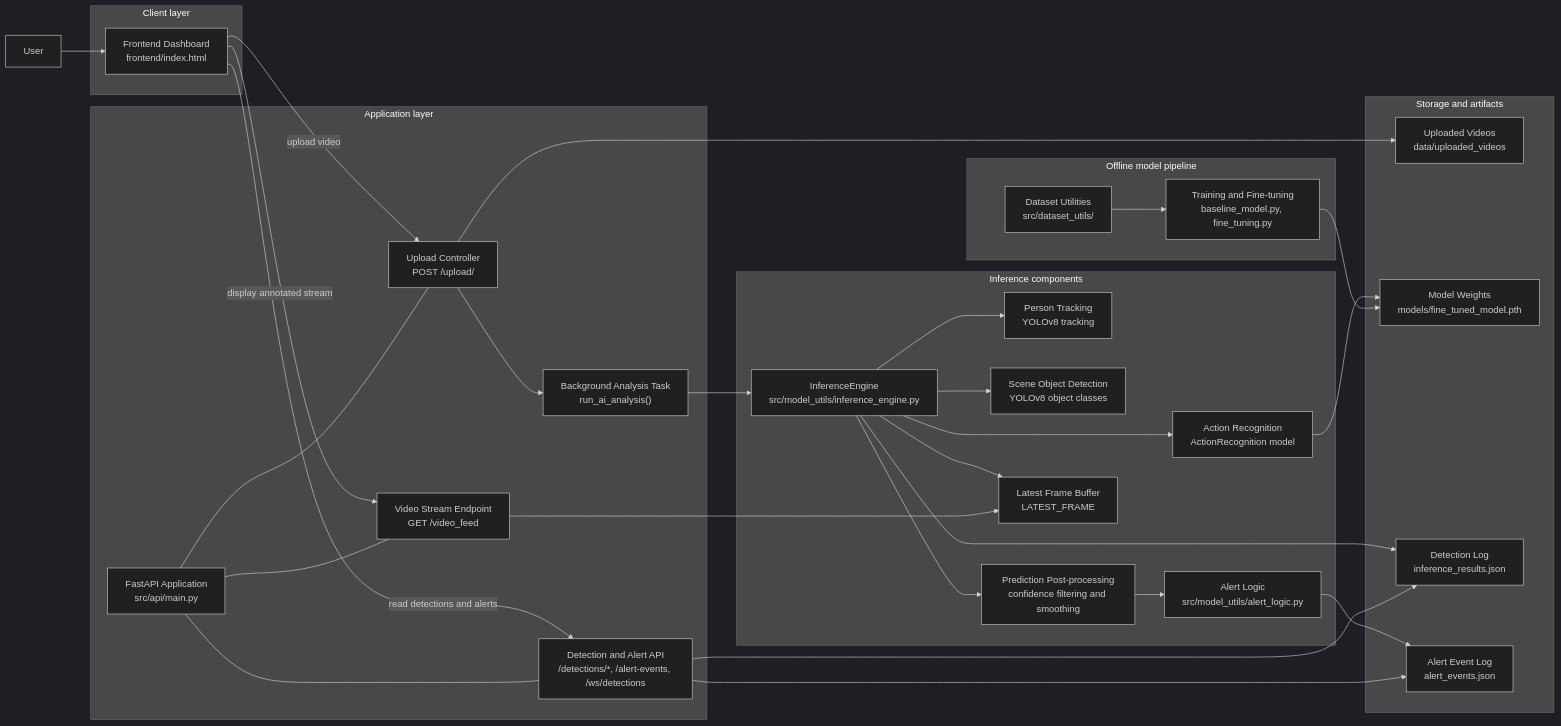
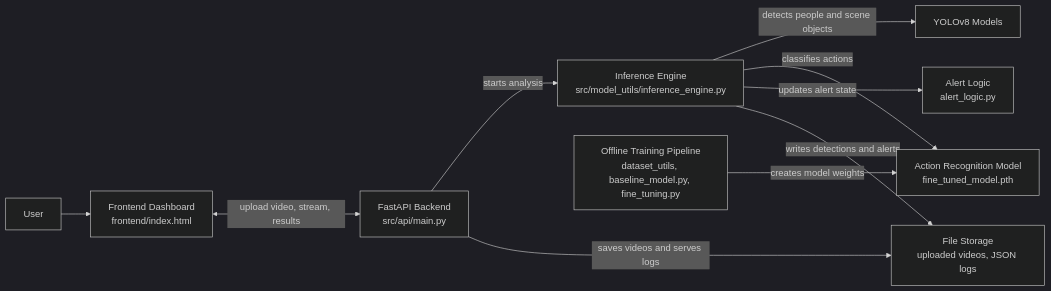
Before and after one commit to Magda1103/Problem-Workshop-in-Software-Engineering: the first of 5 diagrams in PROJECT_DOCUMENTATION.md, drawn with Mermaid (dark theme). The commit also changed other lines of this file, not shown here.

Commit message:
Md change

````diff
--- a/PROJECT_DOCUMENTATION.md
+++ b/PROJECT_DOCUMENTATION.md
@@ -164,69 +164,15 @@
 ```mermaid
 flowchart LR
-    U["User"]
+    User["User"] --> Frontend["Frontend Dashboard<br/>frontend/index.html"]
+    Frontend <-->|upload video, stream, results| Backend["FastAPI Backend<br/>src/api/main.py"]
 
-    subgraph Client["Client layer"]
-        FE["Frontend Dashboard<br/>frontend/index.html"]
-    end
+    Backend -->|starts analysis| Engine["Inference Engine<br/>src/model_utils/inference_engine.py"]
+    Backend -->|saves videos and serves logs| Storage["File Storage<br/>uploaded videos, JSON logs"]
 
-    subgraph Backend["Application layer"]
-        API["FastAPI Application<br/>src/api/main.py"]
-        Upload["Upload Controller<br/>POST /upload/"]
-        Stream["Video Stream Endpoint<br/>GET /video_feed"]
-        DetectionAPI["Detection and Alert API<br/>/detections/*, /alert-events, /ws/detections"]
-        Task["Background Analysis Task<br/>run_ai_analysis()"]
-    end
+    Engine -->|detects people and scene objects| YOLO["YOLOv8 Models"]
+    Engine -->|classifies actions| ActionModel["Action Recognition Model<br/>fine_tuned_model.pth"]
+    Engine -->|updates alert state| AlertLogic["Alert Logic<br/>alert_logic.py"]
+    Engine -->|writes detections and alerts| Storage
 
-    subgraph Inference["Inference components"]
-        Engine["InferenceEngine<br/>src/model_utils/inference_engine.py"]
-        Tracker["Person Tracking<br/>YOLOv8 tracking"]
-        Scene["Scene Object Detection<br/>YOLOv8 object classes"]
-        Classifier["Action Recognition<br/>ActionRecognition model"]
-        Postprocess["Prediction Post-processing<br/>confidence filtering and smoothing"]
-        Alerts["Alert Logic<br/>src/model_utils/alert_logic.py"]
-        FrameBuffer["Latest Frame Buffer<br/>LATEST_FRAME"]
-    end
-
-    subgraph Storage["Storage and artifacts"]
-        UploadedVideos["Uploaded Videos<br/>data/uploaded_videos"]
-        ModelWeights["Model Weights<br/>models/fine_tuned_model.pth"]
-        DetectionLog["Detection Log<br/>inference_results.json"]
-        AlertLog["Alert Event Log<br/>alert_events.json"]
-    end
-
-    subgraph Training["Offline model pipeline"]
-        DatasetTools["Dataset Utilities<br/>src/dataset_utils/"]
-        TrainingPipeline["Training and Fine-tuning<br/>baseline_model.py, fine_tuning.py"]
-    end
-
-    U --> FE
-    FE -->|upload video| Upload
-    FE -->|read detections and alerts| DetectionAPI
-    FE -->|display annotated stream| Stream
-
-    API --- Upload
-    API --- DetectionAPI
-    API --- Stream
-
-    Upload --> UploadedVideos
-    Upload --> Task
-    Task --> Engine
-
-    Engine --> Tracker
-    Engine --> Scene
-    Engine --> Classifier
-    Engine --> Postprocess
-    Postprocess --> Alerts
-    Classifier --> ModelWeights
-
-    Engine --> FrameBuffer
-    Engine --> DetectionLog
-    Alerts --> AlertLog
-
-    Stream --> FrameBuffer
-    DetectionAPI --> DetectionLog
-    DetectionAPI --> AlertLog
-
-    DatasetTools --> TrainingPipeline
-    TrainingPipeline --> ModelWeights
+    Training["Offline Training Pipeline<br/>dataset_utils, baseline_model.py, fine_tuning.py"] -->|creates model weights| ActionModel
 ```
````
